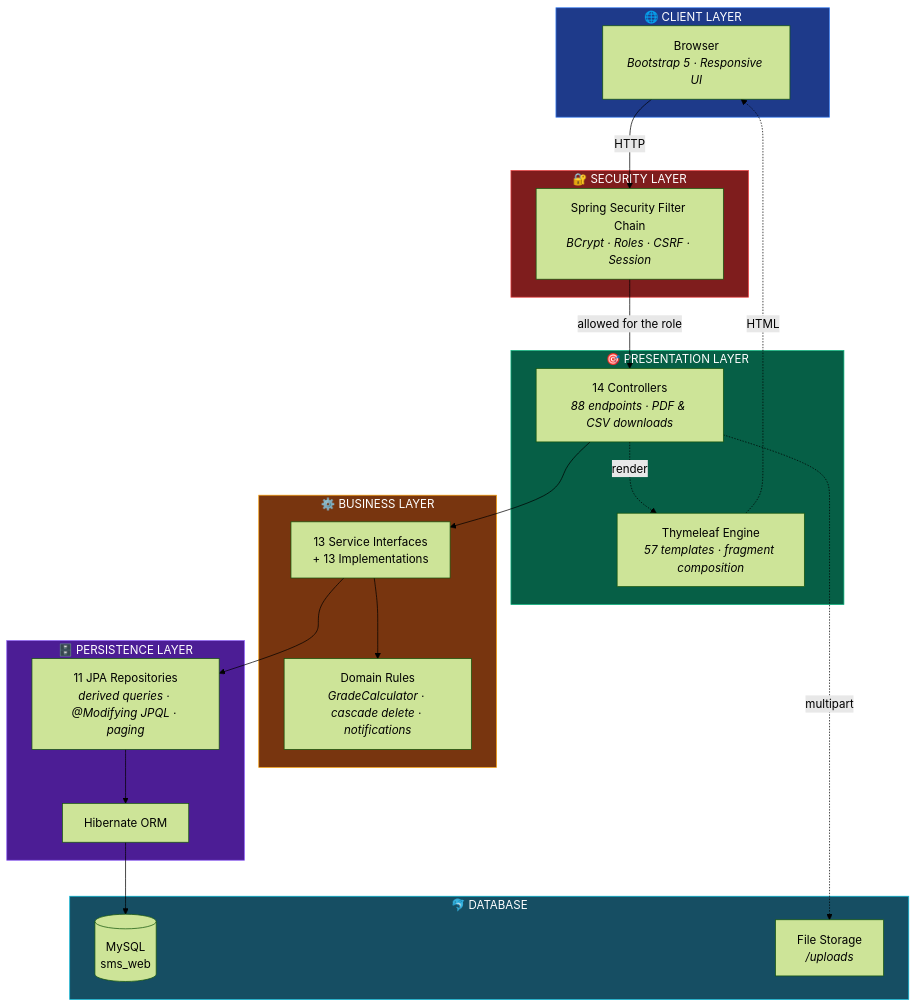
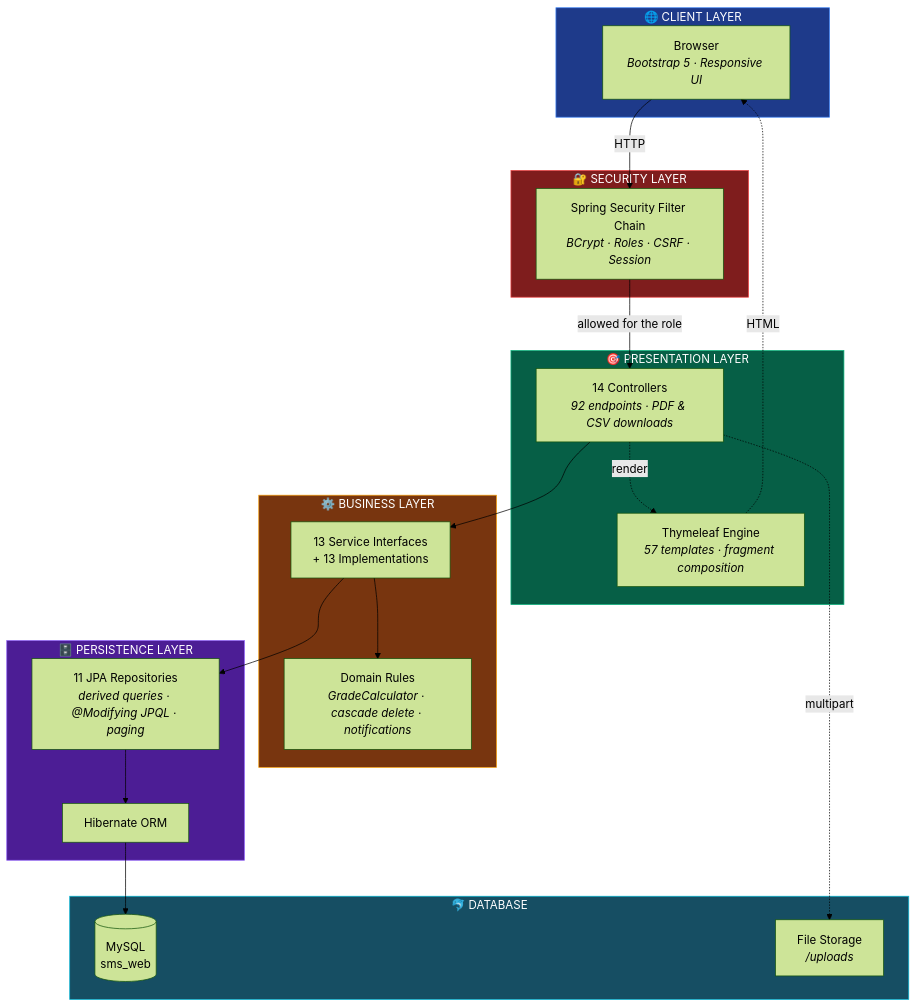
Before and after one commit to anurag-joshi-1403/StudentManagementSystem: the first of 10 diagrams in PROJECT_ROADMAP.md, drawn with Mermaid (forest theme). The commit also changed other lines of this file and 110 other files, not shown here.

````diff
--- a/PROJECT_ROADMAP.md
+++ b/PROJECT_ROADMAP.md
@@ -119,48 +122,48 @@
 ```mermaid
 flowchart TD
     subgraph CL["🌐 CLIENT LAYER"]
         BR["Browser<br/><i>Bootstrap 5 · Responsive UI</i>"]
     end
 
     subgraph SEC["🔐 SECURITY LAYER"]
         SF["Spring Security Filter Chain<br/><i>BCrypt · Roles · CSRF · Session</i>"]
     end
 
     subgraph WEB["🎯 PRESENTATION LAYER"]
-        CT["14 Controllers<br/><i>88 endpoints · PDF & CSV downloads</i>"]
+        CT["14 Controllers<br/><i>92 endpoints · PDF & CSV downloads</i>"]
         TH["Thymeleaf Engine<br/><i>57 templates · fragment composition</i>"]
     end
 
     subgraph BIZ["⚙️ BUSINESS LAYER"]
         SV["13 Service Interfaces<br/>+ 13 Implementations"]
         RL["Domain Rules<br/><i>GradeCalculator · cascade delete · notifications</i>"]
     end
 
     subgraph DAT["🗄️ PERSISTENCE LAYER"]
         RP["11 JPA Repositories<br/><i>derived queries · @Modifying JPQL · paging</i>"]
         HB["Hibernate ORM"]
     end
 
     subgraph DB["🐬 DATABASE"]
         MY[("MySQL<br/>sms_web")]
         FS["File Storage<br/><i>/uploads</i>"]
     end
 
     BR -->|HTTP| SF
     SF -->|allowed for the role| CT
     CT --> SV
     CT -.->|render| TH
     TH -.->|HTML| BR
     SV --> RL
     SV --> RP
     RP --> HB
     HB --> MY
     CT -.->|multipart| FS
 
     style CL fill:#1e3a8a,stroke:#3b82f6,color:#fff
     style SEC fill:#7f1d1d,stroke:#ef4444,color:#fff
     style WEB fill:#065f46,stroke:#10b981,color:#fff
     style BIZ fill:#78350f,stroke:#f59e0b,color:#fff
     style DAT fill:#4c1d95,stroke:#8b5cf6,color:#fff
     style DB fill:#164e63,stroke:#06b6d4,color:#fff
 ```
````
